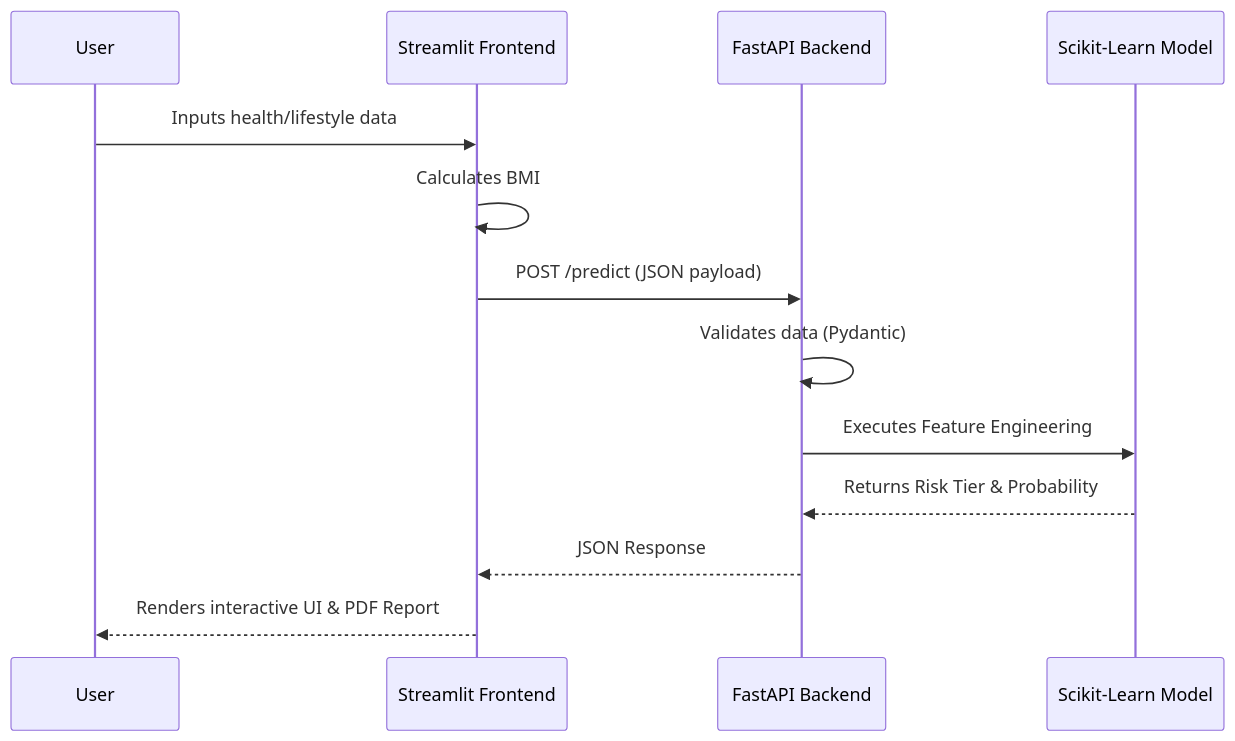
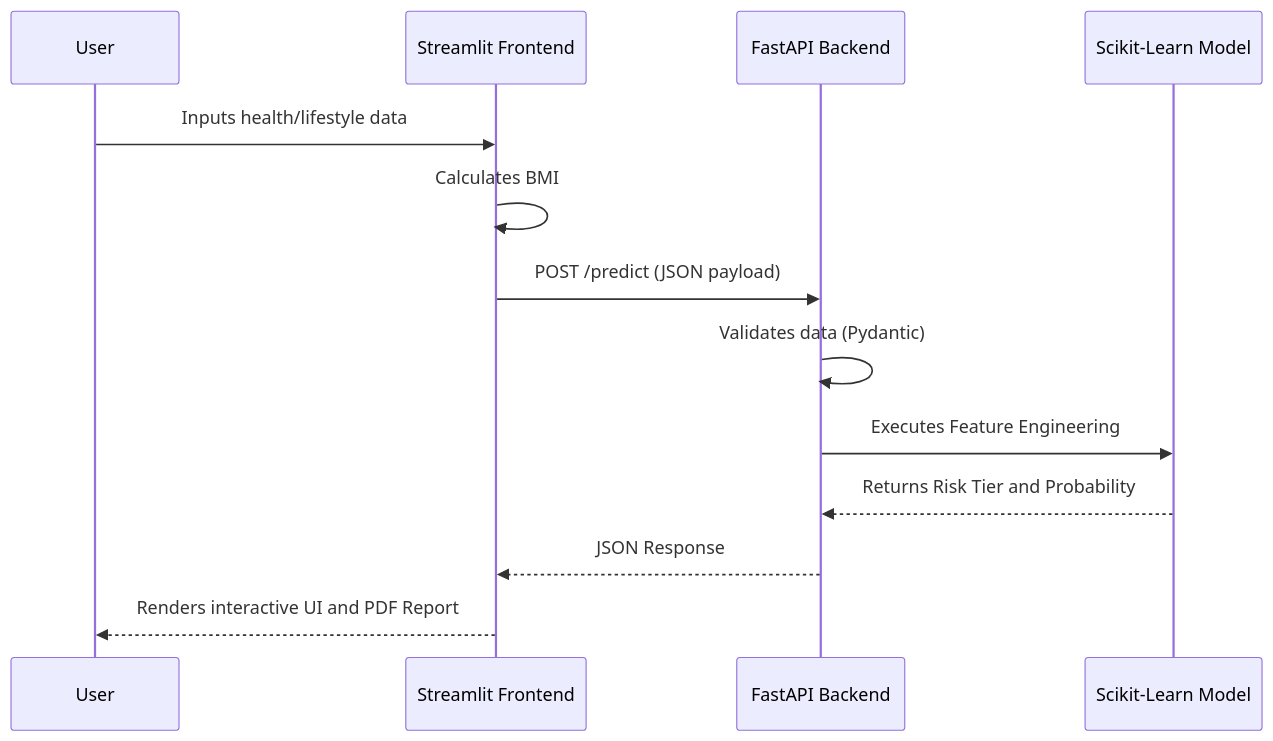
The diagram in README.md (nishkarshs1/AegisIQ), drawn with Mermaid before and after one commit.

Commit message:
correct readme

````diff
--- a/README.md
+++ b/README.md
@@ -64,16 +64,16 @@
 ```mermaid
 sequenceDiagram
     participant U as User
     participant S as Streamlit Frontend
     participant F as FastAPI Backend
     participant M as Scikit-Learn Model
     
     U->>S: Inputs health/lifestyle data
     S->>S: Calculates BMI
     S->>F: POST /predict (JSON payload)
     F->>F: Validates data (Pydantic)
     F->>M: Executes Feature Engineering
-    M-->>F: Returns Risk Tier & Probability
+    M-->>F: Returns Risk Tier and Probability
     F-->>S: JSON Response
-    S-->>U: Renders interactive UI & PDF Report
+    S-->>U: Renders interactive UI and PDF Report
 ```
````
